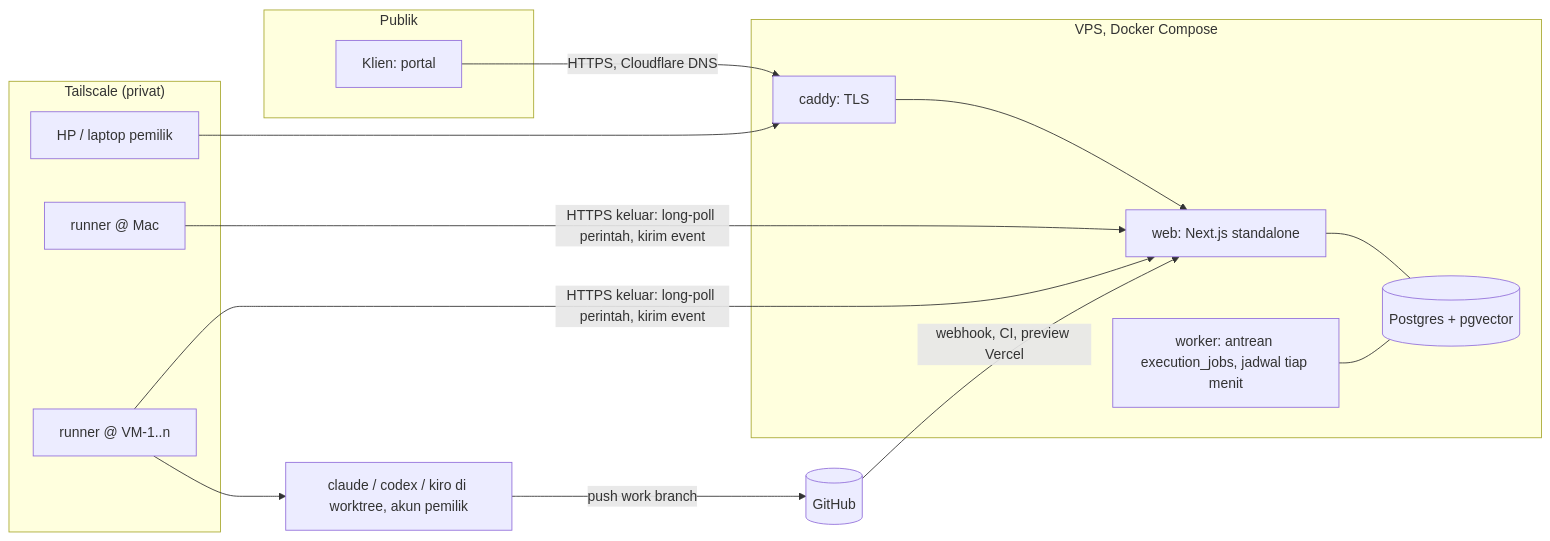
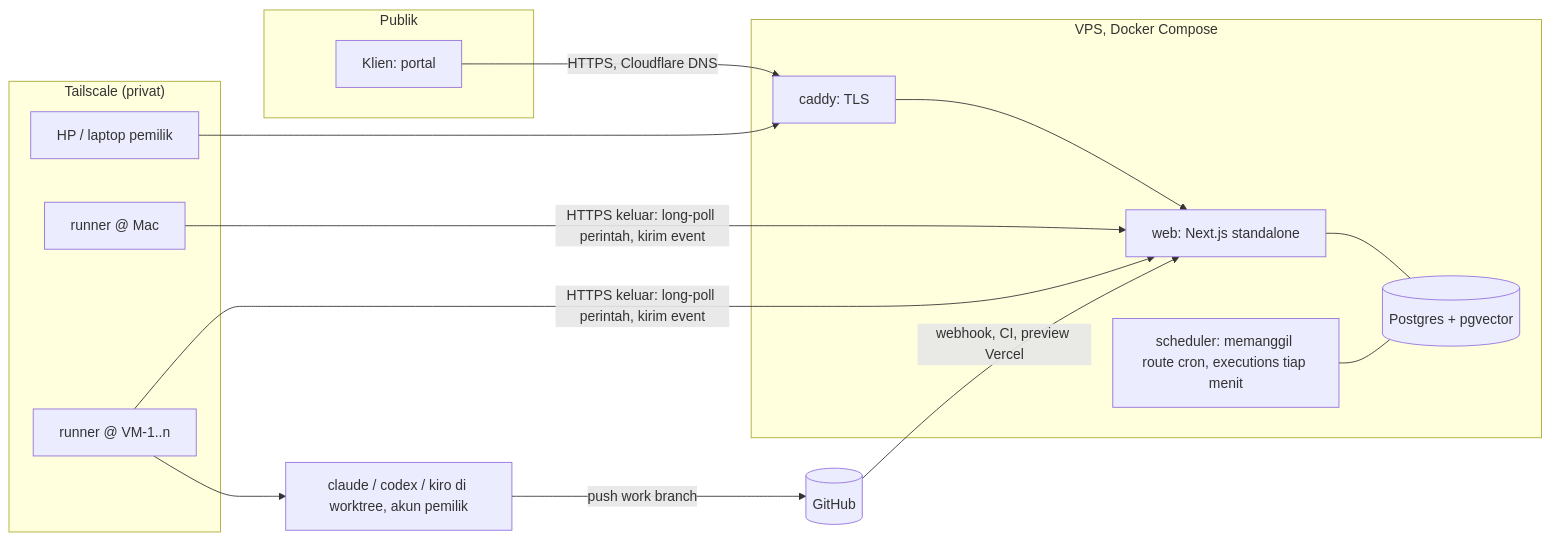
One commit to raydiansyah/saqinadev changed the diagram in docs/superpowers/specs/2026-11-10-agent-harness-design.md. Above: the diagram before and after it, drawn with Mermaid. The commit also changed other lines of this file and 2 other files, not shown here.

First line of the commit message:
docs: phase 1 plan for the Instabox VPS (image, scheduler, compose, backup, Neon move)

````diff
--- a/docs/superpowers/specs/2026-11-10-agent-harness-design.md
+++ b/docs/superpowers/specs/2026-11-10-agent-harness-design.md
@@ -53,25 +53,25 @@
 ```mermaid
 flowchart LR
   subgraph Publik
     C[Klien: portal]
   end
   subgraph VPS["VPS, Docker Compose"]
     W[web: Next.js standalone]
-    K[worker: antrean execution_jobs, jadwal tiap menit]
+    K[scheduler: memanggil route cron, executions tiap menit]
     DB[(Postgres + pgvector)]
     CD[caddy: TLS]
   end
   subgraph Tailnet["Tailscale (privat)"]
     R1[runner @ Mac]
     R2[runner @ VM-1..n]
     P[HP / laptop pemilik]
   end
   C -->|HTTPS, Cloudflare DNS| CD --> W
   P --> CD
   R1 & R2 -->|HTTPS keluar: long-poll perintah, kirim event| W
   W --- DB
   K --- DB
   R2 --> CLI[claude / codex / kiro di worktree, akun pemilik]
   CLI -->|push work branch| GH[(GitHub)]
   GH -->|webhook, CI, preview Vercel| W
 ```
````
